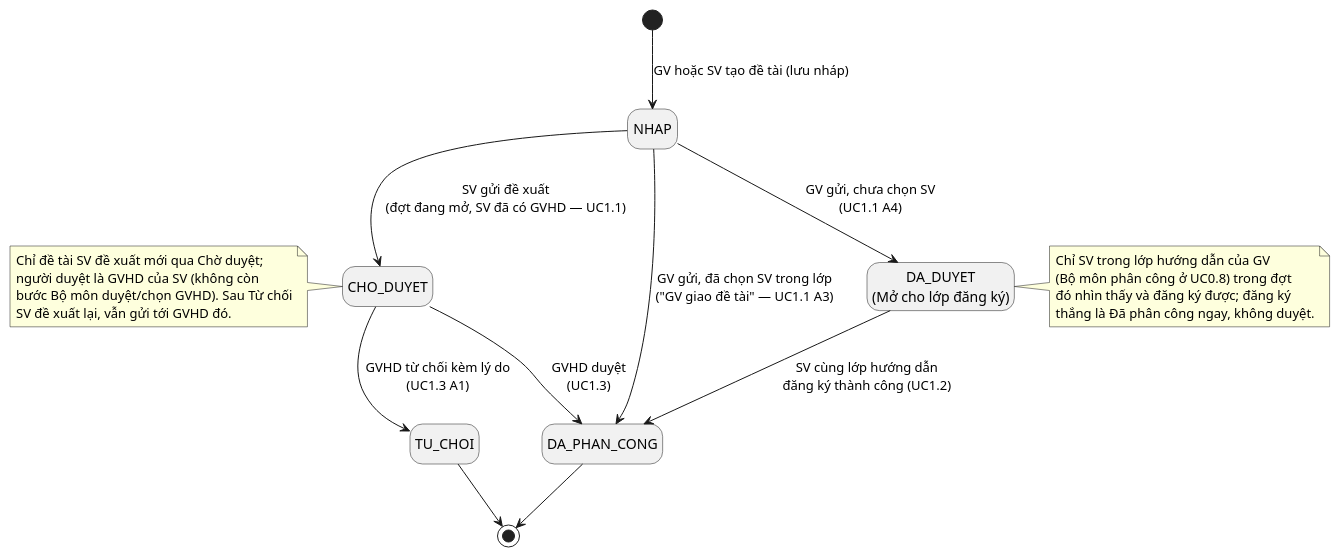
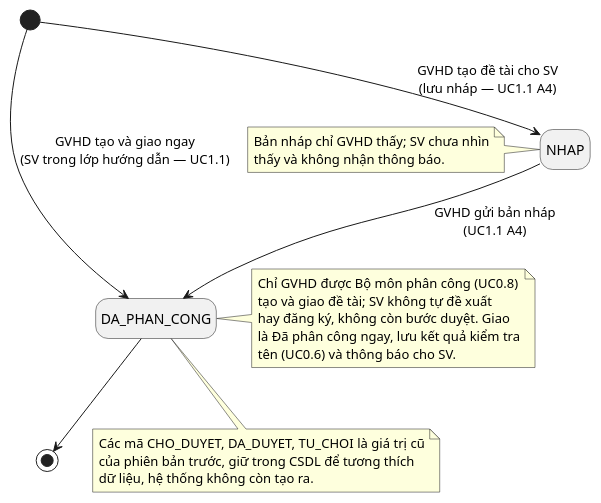
The diagram in docs/chuong-3-thiet-ke/so-do-lop/trang-thai-de-tai.puml (dtc235200036-alt/ICTU-DATN-NguyenThiMaiAnh), drawn with PlantUML before and after one commit. The commit also changed 59 other files, not shown here.

First line of the commit message:
docs(quick-261014-u0j): chương 2-3, sơ đồ, mockup, truy vết theo luồng GVHD tạo và giao đề tài

```diff
--- a/docs/chuong-3-thiet-ke/so-do-lop/trang-thai-de-tai.puml
+++ b/docs/chuong-3-thiet-ke/so-do-lop/trang-thai-de-tai.puml
@@ -1,34 +1,30 @@
 @startuml trang-thai-de-tai
 hide empty description
 
-state "DA_DUYET\n(Mở cho lớp đăng ký)" as DA_DUYET
+[*] --> NHAP : GVHD tạo đề tài cho SV\n(lưu nháp — UC1.1 A4)
+[*] --> DA_PHAN_CONG : GVHD tạo và giao ngay\n(SV trong lớp hướng dẫn — UC1.1)
 
-[*] --> NHAP : GV hoặc SV tạo đề tài (lưu nháp)
-
-NHAP --> CHO_DUYET : SV gửi đề xuất\n(đợt đang mở, SV đã có GVHD — UC1.1)
-NHAP --> DA_PHAN_CONG : GV gửi, đã chọn SV trong lớp\n("GV giao đề tài" — UC1.1 A3)
-NHAP --> DA_DUYET : GV gửi, chưa chọn SV\n(UC1.1 A4)
-
-CHO_DUYET --> DA_PHAN_CONG : GVHD duyệt\n(UC1.3)
-CHO_DUYET --> TU_CHOI : GVHD từ chối kèm lý do\n(UC1.3 A1)
-
-DA_DUYET --> DA_PHAN_CONG : SV cùng lớp hướng dẫn\nđăng ký thành công (UC1.2)
+NHAP --> DA_PHAN_CONG : GVHD gửi bản nháp\n(UC1.1 A4)
 
 DA_PHAN_CONG --> [*]
-TU_CHOI --> [*]
 
-note right of DA_DUYET
-  Chỉ SV trong lớp hướng dẫn của GV
-  (Bộ môn phân công ở UC0.8) trong đợt
-  đó nhìn thấy và đăng ký được; đăng ký
-  thắng là Đã phân công ngay, không duyệt.
+note right of DA_PHAN_CONG
+  Chỉ GVHD được Bộ môn phân công (UC0.8)
+  tạo và giao đề tài; SV không tự đề xuất
+  hay đăng ký, không còn bước duyệt. Giao
+  là Đã phân công ngay, lưu kết quả kiểm tra
+  tên (UC0.6) và thông báo cho SV.
 end note
 
-note left of CHO_DUYET
-  Chỉ đề tài SV đề xuất mới qua Chờ duyệt;
-  người duyệt là GVHD của SV (không còn
-  bước Bộ môn duyệt/chọn GVHD). Sau Từ chối
-  SV đề xuất lại, vẫn gửi tới GVHD đó.
+note left of NHAP
+  Bản nháp chỉ GVHD thấy; SV chưa nhìn
+  thấy và không nhận thông báo.
+end note
+
+note bottom of DA_PHAN_CONG
+  Các mã CHO_DUYET, DA_DUYET, TU_CHOI là giá trị cũ
+  của phiên bản trước, giữ trong CSDL để tương thích
+  dữ liệu, hệ thống không còn tạo ra.
 end note
 
 @enduml
```
